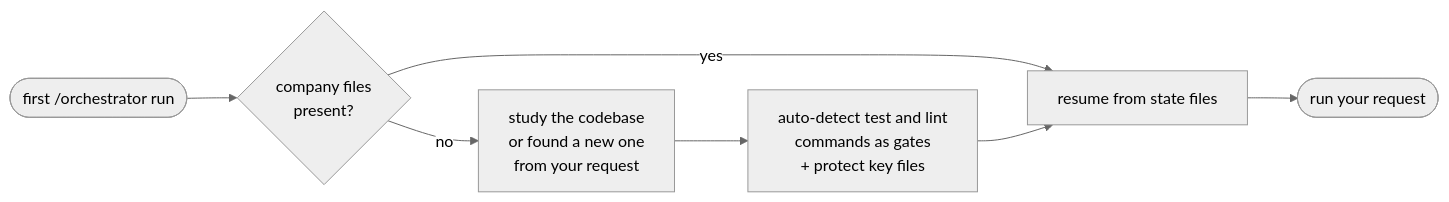
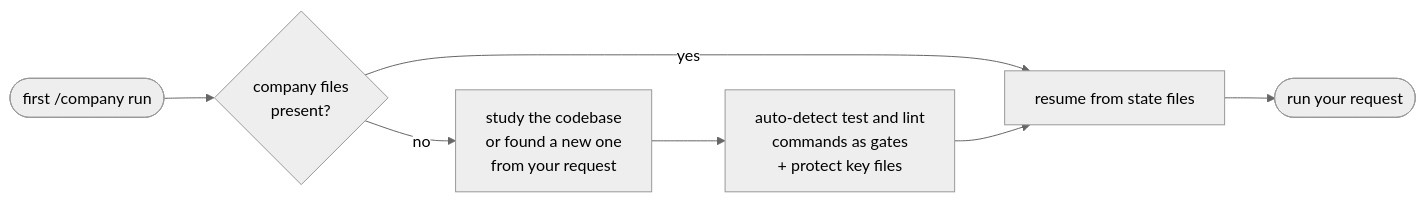
The diagram in docs/getting-started.md (devmesh-in/claude-company), drawn with Mermaid (neutral theme) before and after one commit. The commit also changed other lines of this file and 88 other files, not shown here.

````diff
--- a/docs/getting-started.md
+++ b/docs/getting-started.md
@@ -49,9 +49,9 @@
 ```mermaid
 flowchart LR
-    A([first /orchestrator run]) --> B{company files<br>present?}
+    A([first /company run]) --> B{company files<br>present?}
     B -->|yes| E[resume from state files]
     B -->|no| C[study the codebase<br>or found a new one<br>from your request]
     C --> D[auto-detect test and lint<br>commands as gates<br>+ protect key files]
     D --> E
     E --> F([run your request])
 ```
````
